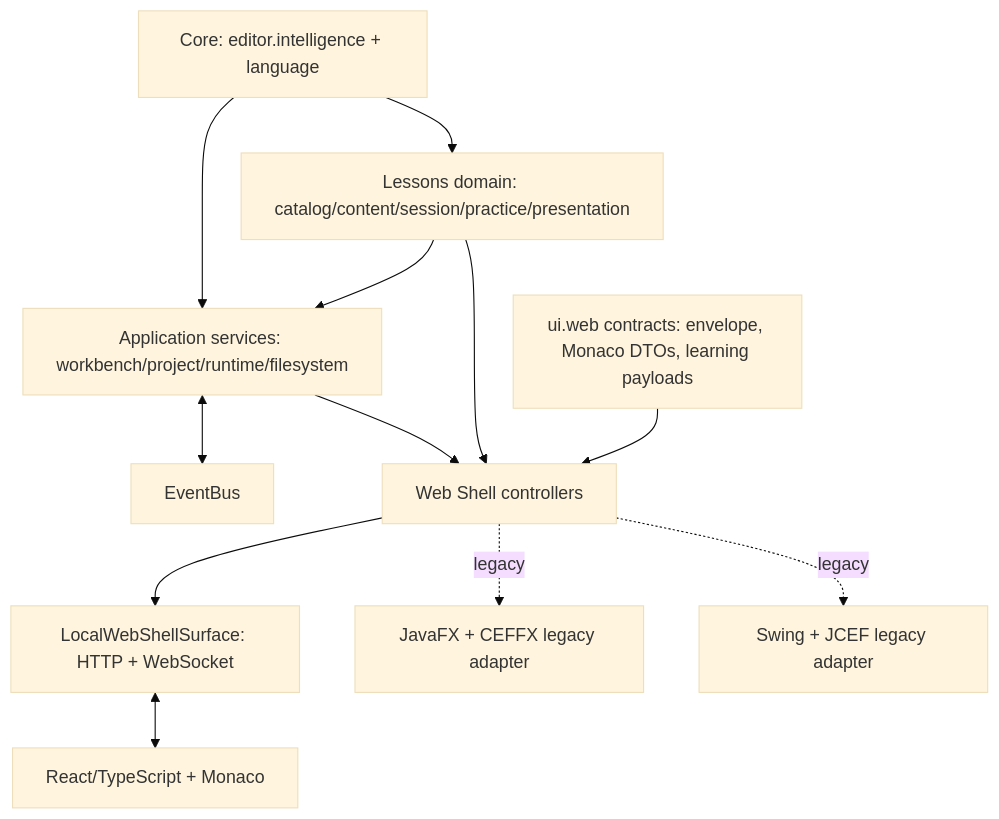
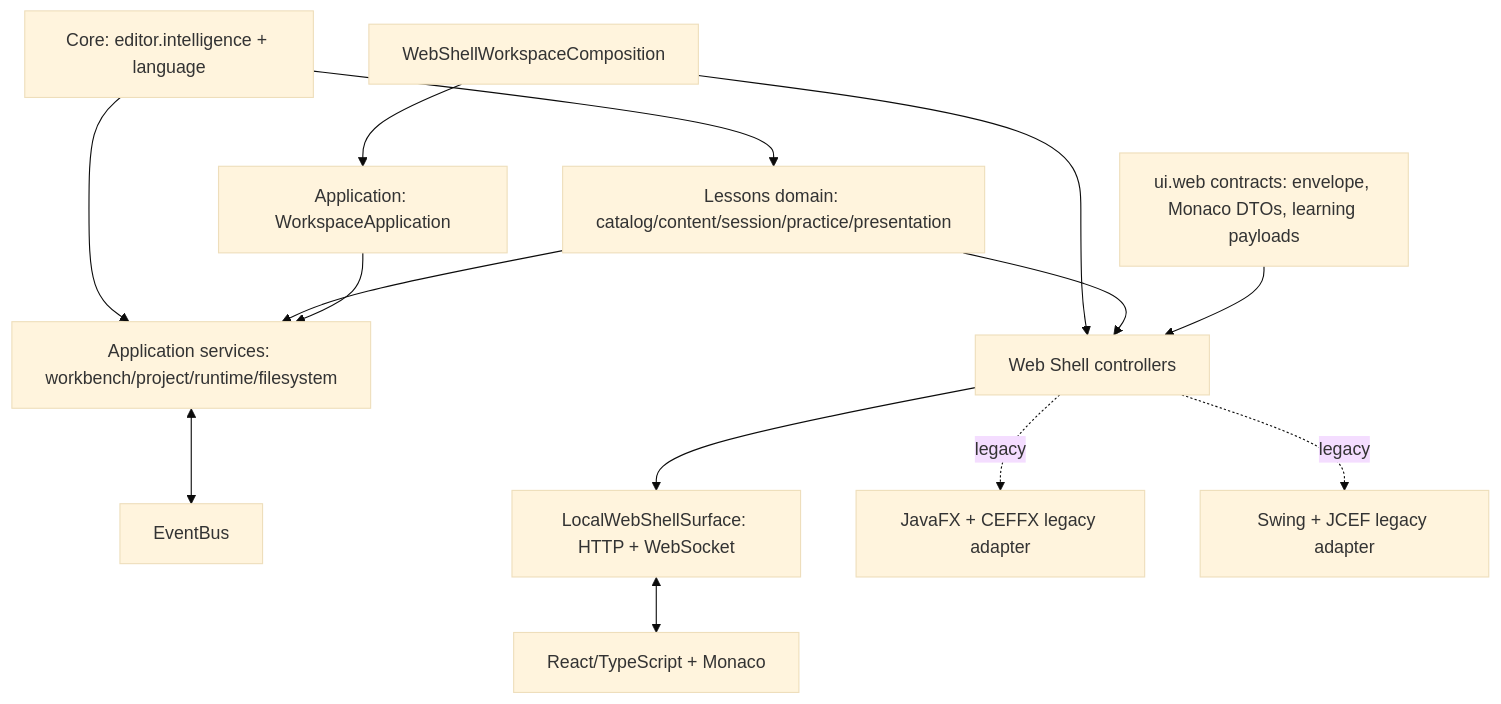
The first of 3 diagrams in docs/ARCHITECTURE.md (natanhnrqe/EyeCode), drawn with Mermaid (base theme) before and after one commit. The commit also changed other lines of this file and 35 other files, not shown here.

First line of the commit message:
refactor(eyecode): establish application boundaries and workspace composition

````diff
--- a/docs/ARCHITECTURE.md
+++ b/docs/ARCHITECTURE.md
@@ -11,25 +11,29 @@
 ```mermaid
 flowchart TB
     Core[Core: editor.intelligence + language]
     Lessons[Lessons domain: catalog/content/session/practice/presentation]
-    App[Application services: workbench/project/runtime/filesystem]
+    App[Application: WorkspaceApplication]
+    Services[Application services: workbench/project/runtime/filesystem]
     Events[EventBus]
     WebContracts[ui.web contracts: envelope, Monaco DTOs, learning payloads]
+    WebComposition[WebShellWorkspaceComposition]
     WebShell[Web Shell controllers]
     Local[LocalWebShellSurface: HTTP + WebSocket]
     React[React/TypeScript + Monaco]
     Fx[JavaFX + CEFFX legacy adapter]
     Swing[Swing + JCEF legacy adapter]
 
     Core --> Lessons
-    Core --> App
-    Lessons --> App
-    App <--> Events
-    App --> WebShell
+    Core --> Services
+    Lessons --> Services
+    Services <--> Events
+    App --> Services
+    WebComposition --> App
+    WebComposition --> WebShell
     Lessons --> WebShell
     WebContracts --> WebShell
     WebShell --> Local
     Local <--> React
     WebShell -. legacy .-> Fx
     WebShell -. legacy .-> Swing
 ```
````
